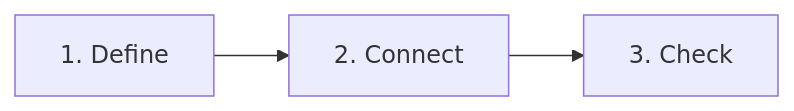
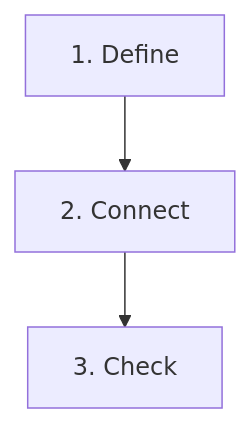
One commit to Ltilak13/ubiq changed the diagram in README.md. Above: the diagram before and after it, drawn with Mermaid.

Commit message:
docs: stack the README diagram for mobile

````diff
--- a/README.md
+++ b/README.md
@@ -16,6 +16,6 @@
 ```mermaid
-flowchart LR
+flowchart TB
     accTitle: Define, connect, check
     accDescr: Define vocabulary or record rules, connect your files, then check changes with ubiq.
     A["1. Define"] --> B["2. Connect"] --> C["3. Check"]
 ```
````
